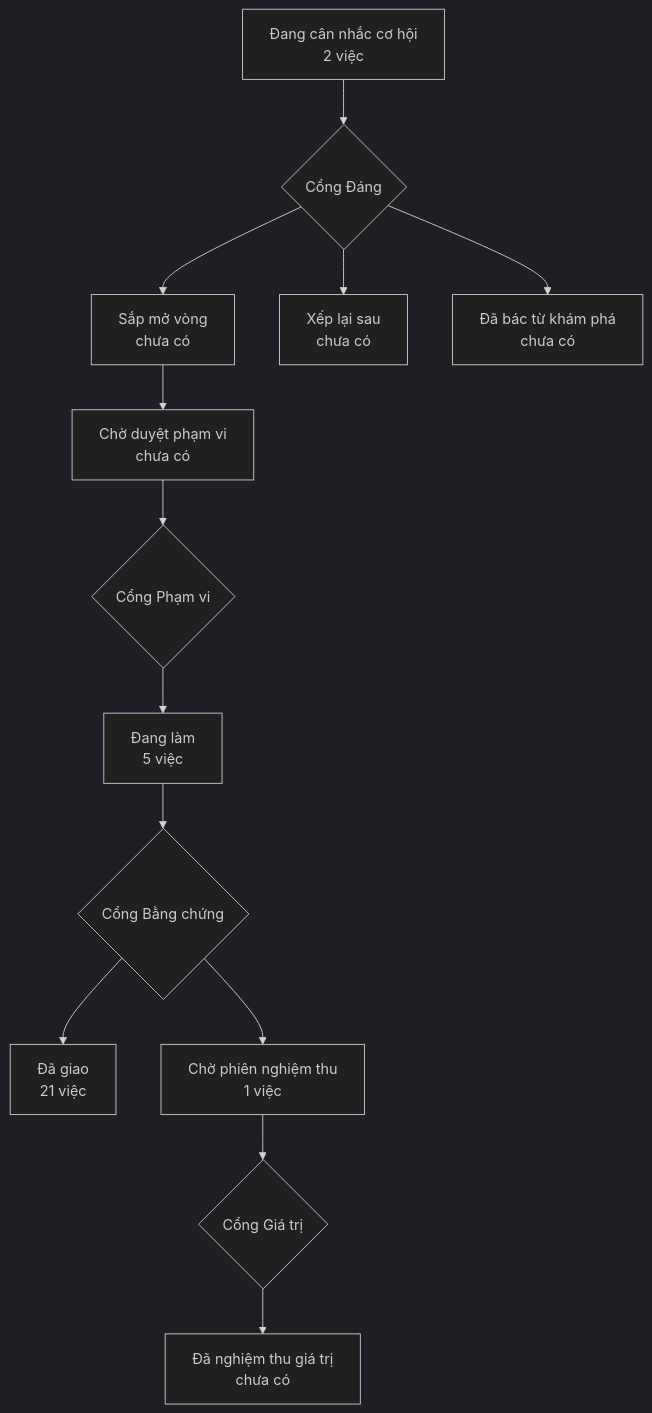
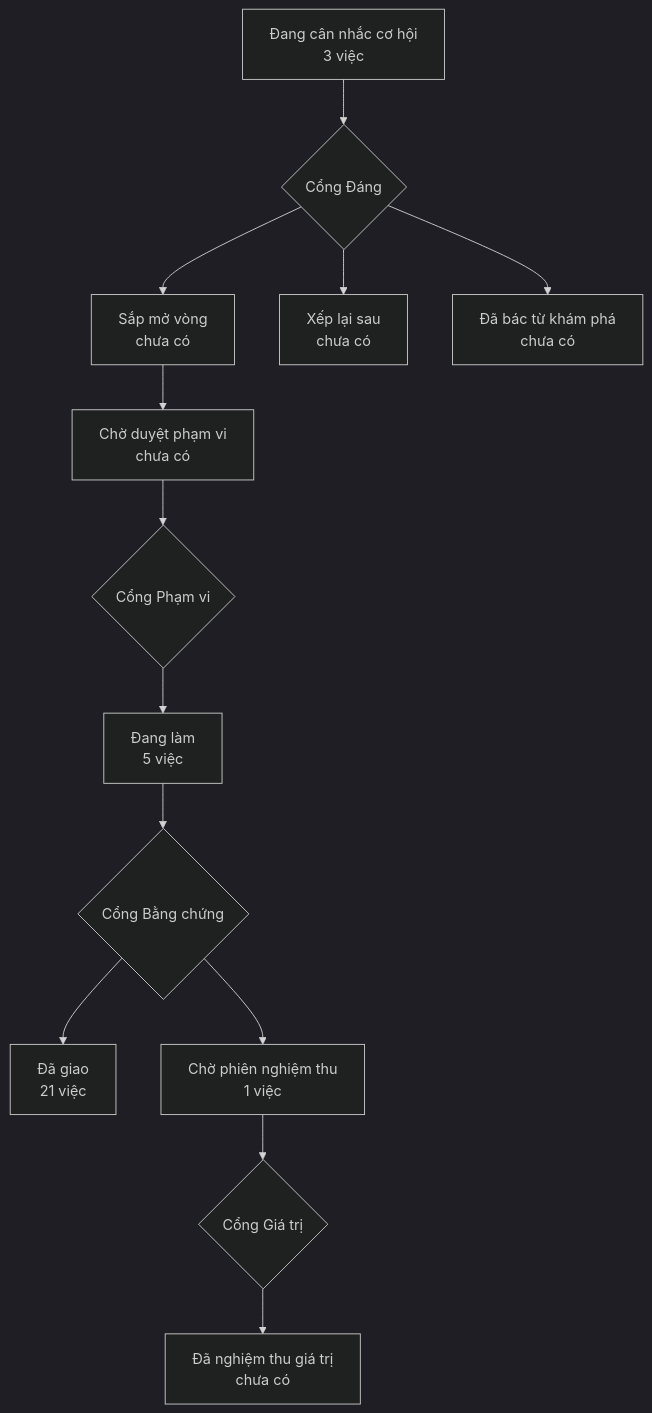
The diagram in PRODUCT-MAP.md (phanlemanh/crm-onehub), drawn with Mermaid (dark theme) before and after one commit. The commit also changed other lines of this file, not shown here.

Commit message:
chore: vẽ lại bản đồ sản phẩm sau khi mở hồ sơ cơ hội nang-tran-trang-danh-ba

````diff
--- a/PRODUCT-MAP.md
+++ b/PRODUCT-MAP.md
@@ -6,12 +6,12 @@
 ```mermaid
 flowchart TD
-  A["Đang cân nhắc cơ hội<br/>2 việc"] --> GD{"Cổng Đáng"}
+  A["Đang cân nhắc cơ hội<br/>3 việc"] --> GD{"Cổng Đáng"}
   GD --> B["Sắp mở vòng<br/>chưa có"]
   GD --> XL["Xếp lại sau<br/>chưa có"]
   GD --> DB["Đã bác từ khám phá<br/>chưa có"]
   B --> CD["Chờ duyệt phạm vi<br/>chưa có"] --> GP{"Cổng Phạm vi"}
   GP --> DL["Đang làm<br/>5 việc"] --> GB{"Cổng Bằng chứng"}
   GB --> DG["Đã giao<br/>21 việc"]
   GB --> CN["Chờ phiên nghiệm thu<br/>1 việc"] --> GG{"Cổng Giá trị"}
   GG --> NT["Đã nghiệm thu giá trị<br/>chưa có"]
 ```
````
